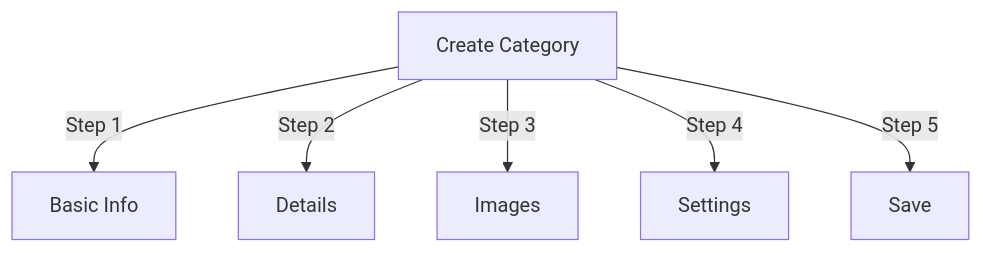
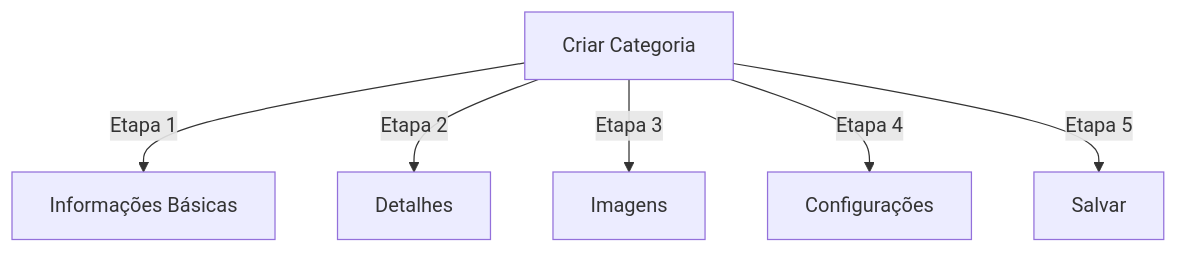
One commit to mambax7/xoops-docs changed the diagram in apps/docs-27/src/content/docs/pt/modules/publisher/user-guide/categories.md. Above: the diagram before and after it, drawn with Mermaid. The commit also changed other lines of this file and 162 other files, not shown here.

````diff
--- a/apps/docs-27/src/content/docs/pt/modules/publisher/user-guide/categories.md
+++ b/apps/docs-27/src/content/docs/pt/modules/publisher/user-guide/categories.md
@@ -75,8 +75,8 @@
 ```mermaid
 graph TD
-    A[Create Category] -->|Step 1| B[Basic Info]
-    A -->|Step 2| C[Details]
-    A -->|Step 3| D[Images]
-    A -->|Step 4| E[Settings]
-    A -->|Step 5| F[Save]
+    A[Criar Categoria] -->|Etapa 1| B[Informações Básicas]
+    A -->|Etapa 2| C[Detalhes]
+    A -->|Etapa 3| D[Imagens]
+    A -->|Etapa 4| E[Configurações]
+    A -->|Etapa 5| F[Salvar]
 ```
````
